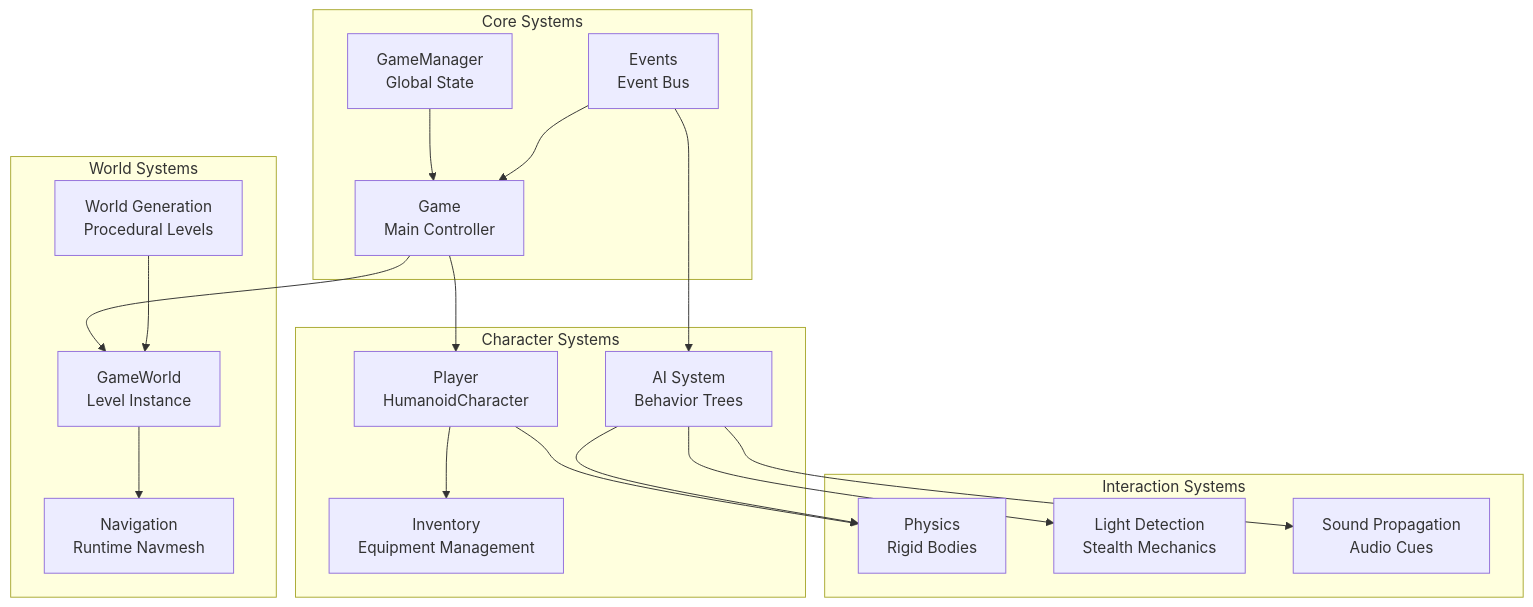
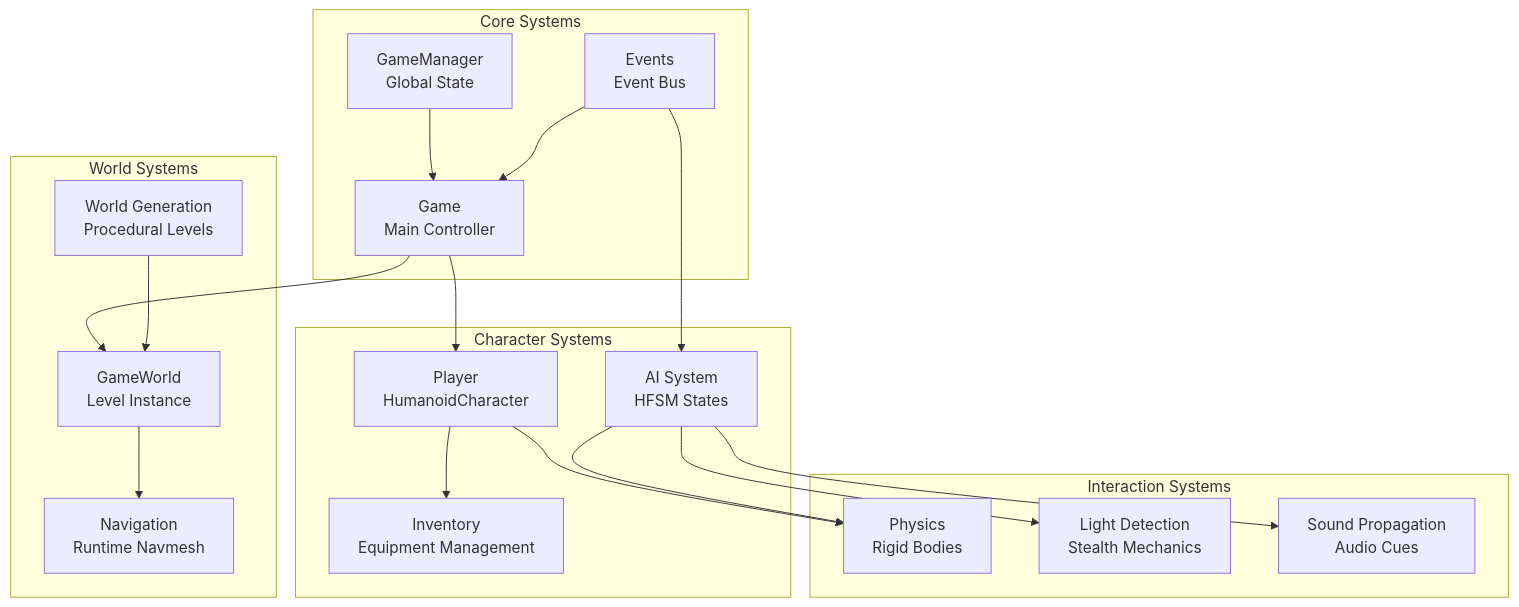
One commit to Mooses2k/SecretHistories changed the first of 4 diagrams in ARCHITECTURE.md. Above: the diagram before and after it, drawn with Mermaid. The commit also changed other lines of this file, not shown here.

Commit message:
Update ARCHITECTURE.md against the current code

````diff
--- a/ARCHITECTURE.md
+++ b/ARCHITECTURE.md
@@ -23,39 +24,39 @@
 ```mermaid
 graph TB
     subgraph "Core Systems"
         GM[GameManager<br/>Global State]
         Game[Game<br/>Main Controller]
         Events[Events<br/>Event Bus]
     end
     
     subgraph "World Systems"
         WG[World Generation<br/>Procedural Levels]
         GW[GameWorld<br/>Level Instance]
         Nav[Navigation<br/>Runtime Navmesh]
     end
     
     subgraph "Character Systems"
         Player[Player<br/>HumanoidCharacter]
-        AI[AI System<br/>Behavior Trees]
+        AI[AI System<br/>HFSM States]
         Inv[Inventory<br/>Equipment Management]
     end
     
     subgraph "Interaction Systems"
         Physics[Physics<br/>Rigid Bodies]
         Light[Light Detection<br/>Stealth Mechanics]
         Sound[Sound Propagation<br/>Audio Cues]
     end
     
     GM --> Game
     Game --> GW
     Game --> Player
     Events --> Game
     Events --> AI
     WG --> GW
     GW --> Nav
     Player --> Inv
     Player --> Physics
     AI --> Physics
     AI --> Light
     AI --> Sound
 ```
````
